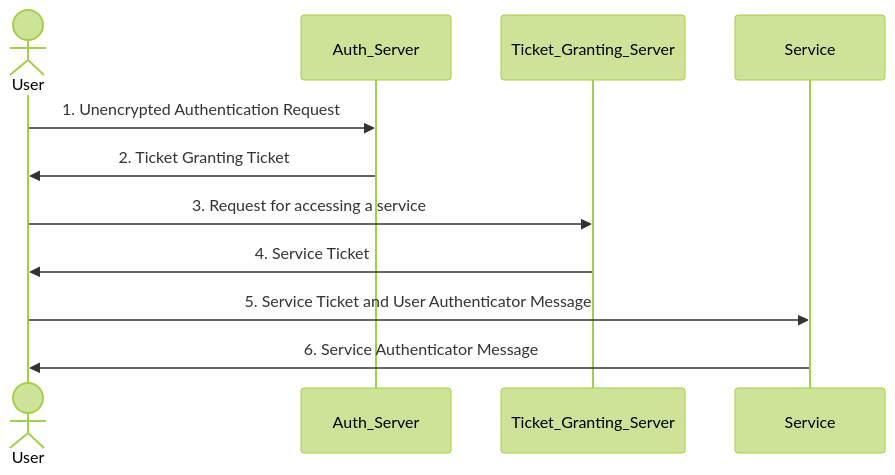
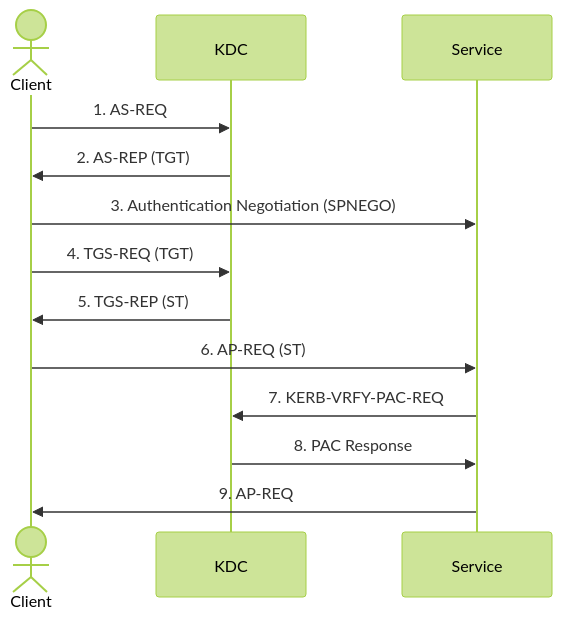
The diagram in Active Directory/AD Concepts/Kerberos.md (drdragon79/infosec-stuff), drawn with Mermaid (forest theme) before and after one commit. The commit also changed other lines of this file and 6 other files, not shown here.

````diff
--- a/Active Directory/AD Concepts/Kerberos.md
+++ b/Active Directory/AD Concepts/Kerberos.md
@@ -25,13 +57,16 @@
 ```mermaid
 sequenceDiagram
-	actor User
-	participant Auth_Server
-	participant TGS as Ticket_Granting_Server
+	actor Client
+	participant KDC
 	participant Service
-	User->>Auth_Server: 1. Unencrypted Authentication Request
-	Auth_Server->>User: 2. Ticket Granting Ticket
-	User->>TGS: 3. Request for accessing a service
-	TGS->>User: 4. Service Ticket
-	User->>Service: 5. Service Ticket and User Authenticator Message
-	Service->>User: 6. Service Authenticator Message
+	Client ->> KDC : 1. AS-REQ
+	KDC ->> Client: 2. AS-REP (TGT)
+	Client ->> Service: 3. Authentication Negotiation (SPNEGO)
+	Client ->> KDC: 4. TGS-REQ (TGT)
+	KDC ->> Client: 5. TGS-REP (ST)
+	Client ->> Service: 6. AP-REQ (ST)
+	Service ->> KDC: 7. KERB-VRFY-PAC-REQ
+	KDC ->> Service: 8. PAC Response
+	Service ->> Client: 9. AP-REQ
+	
 ```
````
